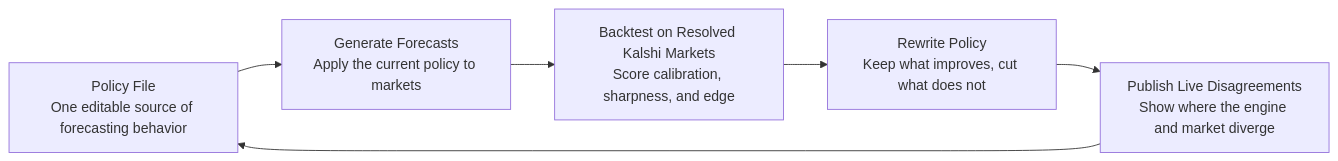
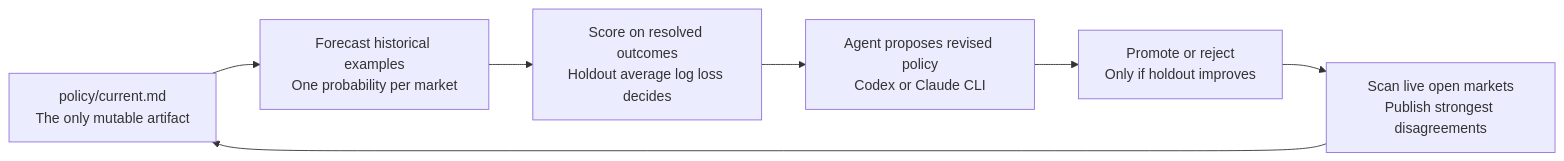
The diagram in README.md (lqor/autoedge), drawn with Mermaid before and after one commit. The commit also changed other lines of this file and 32 other files, not shown here.

````diff
--- a/README.md
+++ b/README.md
@@ -28,8 +34,9 @@
 ```mermaid
 flowchart LR
-    A["Policy File<br/>One editable source of forecasting behavior"] --> B["Generate Forecasts<br/>Apply the current policy to markets"]
-    B --> C["Backtest on Resolved Kalshi Markets<br/>Score calibration, sharpness, and edge"]
-    C --> D["Rewrite Policy<br/>Keep what improves, cut what does not"]
-    D --> E["Publish Live Disagreements<br/>Show where the engine and market diverge"]
-    E --> A
+    A["policy/current.md<br/>The only mutable artifact"] --> B["Forecast historical examples<br/>One probability per market"]
+    B --> C["Score on resolved outcomes<br/>Holdout average log loss decides"]
+    C --> D["Agent proposes revised policy<br/>Codex or Claude CLI"]
+    D --> E["Promote or reject<br/>Only if holdout improves"]
+    E --> F["Scan live open markets<br/>Publish strongest disagreements"]
+    F --> A
 ```
````
